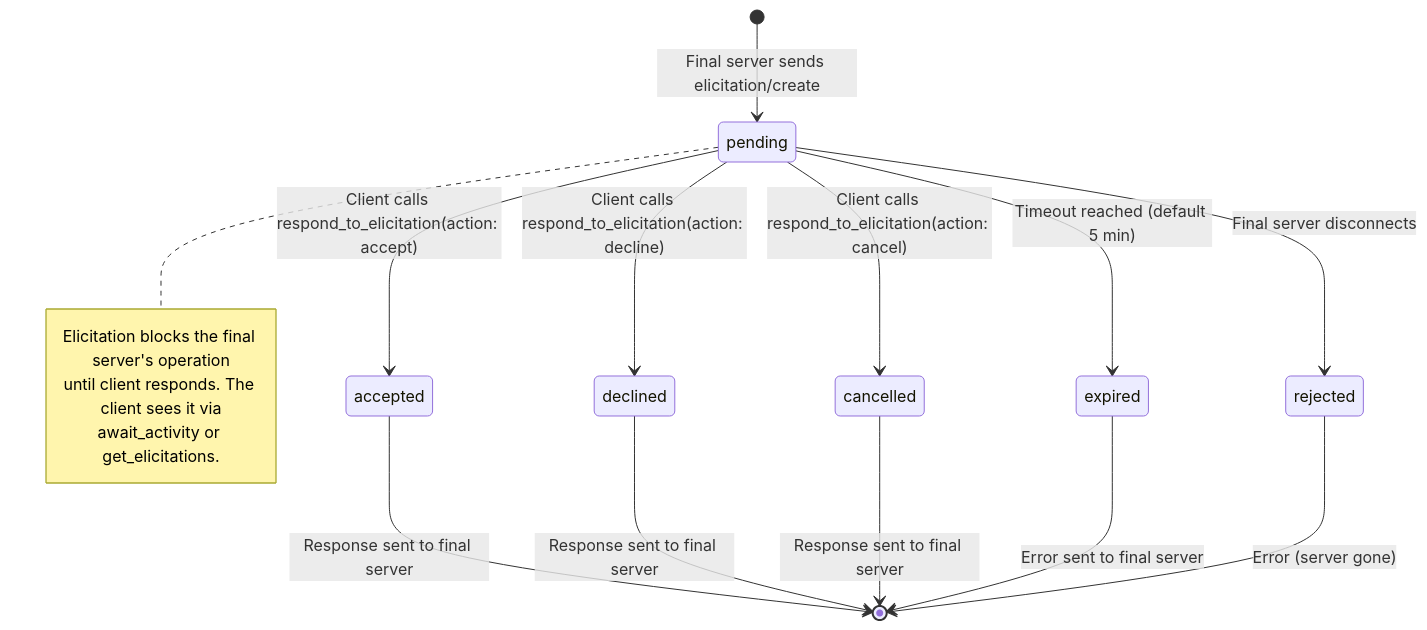
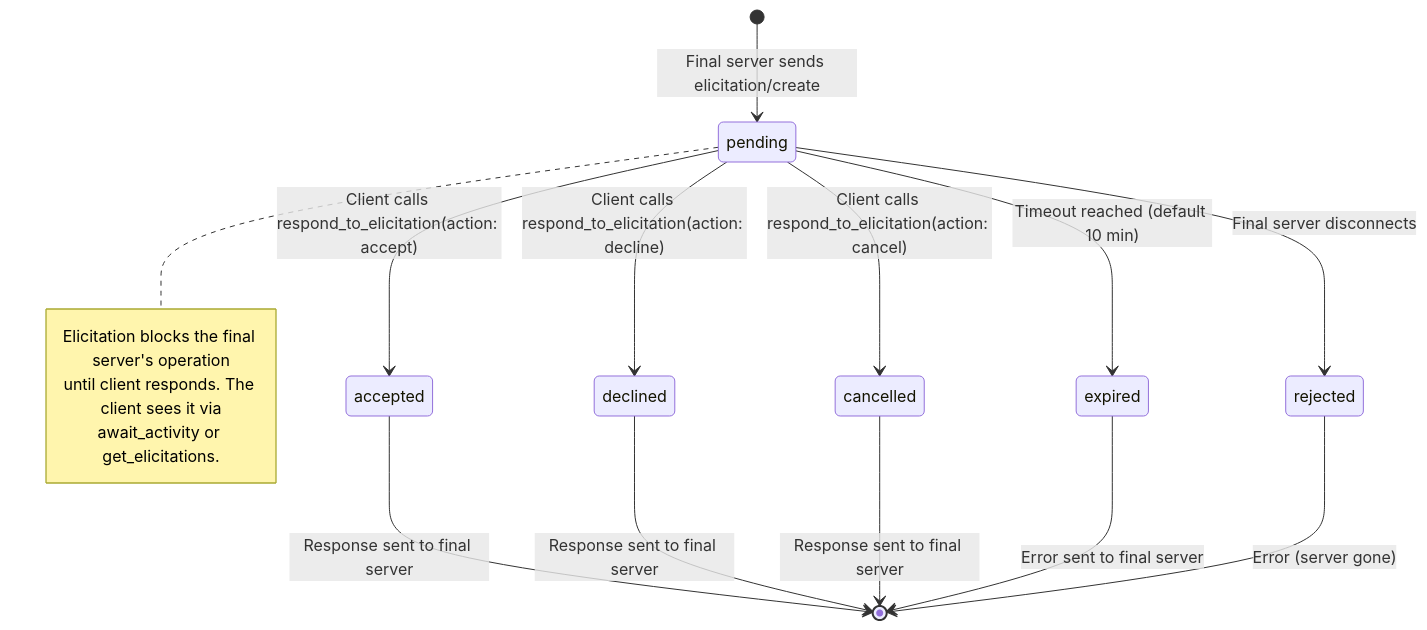
The second of 9 diagrams in TASKS_AND_ELICITATIONS.md (eastlondoner/mcp-proxy), drawn with Mermaid before and after one commit. The commit also changed other lines of this file and 2 other files, not shown here.

````diff
--- a/TASKS_AND_ELICITATIONS.md
+++ b/TASKS_AND_ELICITATIONS.md
@@ -152,22 +161,22 @@
 ```mermaid
 stateDiagram-v2
     [*] --> pending : Final server sends elicitation/create
 
     pending --> accepted : Client calls respond_to_elicitation(action: accept)
     pending --> declined : Client calls respond_to_elicitation(action: decline)
     pending --> cancelled : Client calls respond_to_elicitation(action: cancel)
-    pending --> expired : Timeout reached (default 5 min)
+    pending --> expired : Timeout reached (default 10 min)
     pending --> rejected : Final server disconnects
 
     accepted --> [*] : Response sent to final server
     declined --> [*] : Response sent to final server
     cancelled --> [*] : Response sent to final server
     expired --> [*] : Error sent to final server
     rejected --> [*] : Error (server gone)
 
     note right of pending
         Elicitation blocks the final server's operation
         until client responds. The client sees it via
         await_activity or get_elicitations.
     end note
 ```
````
